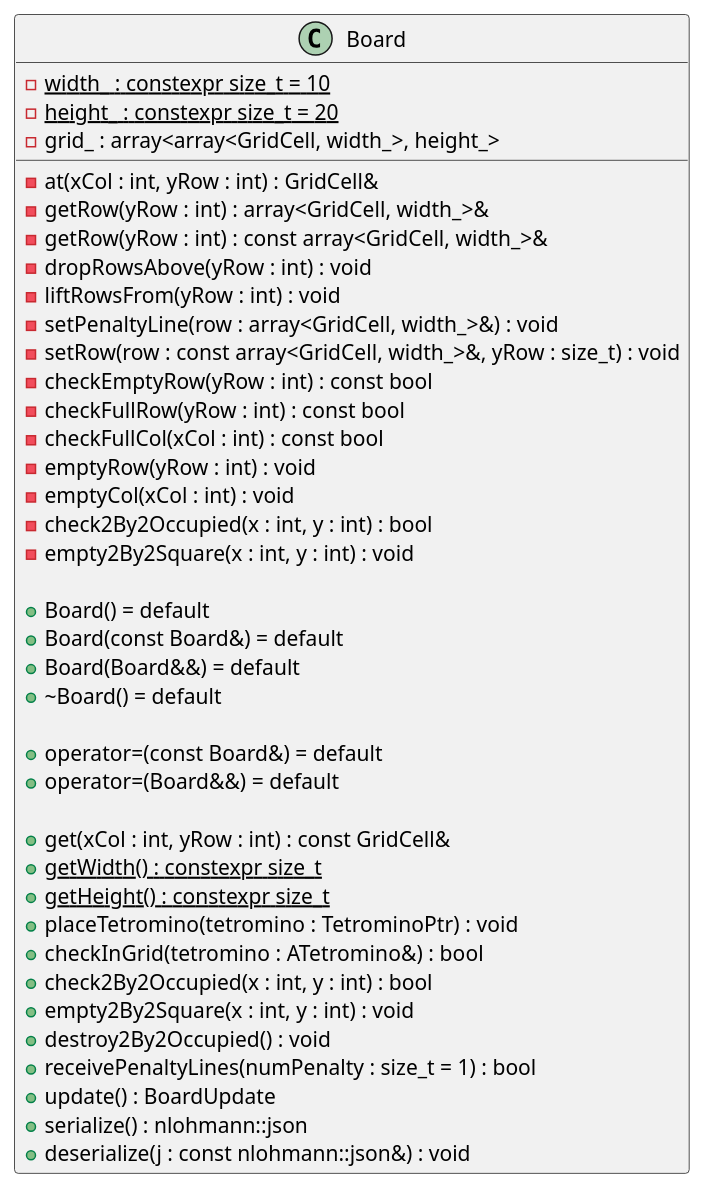
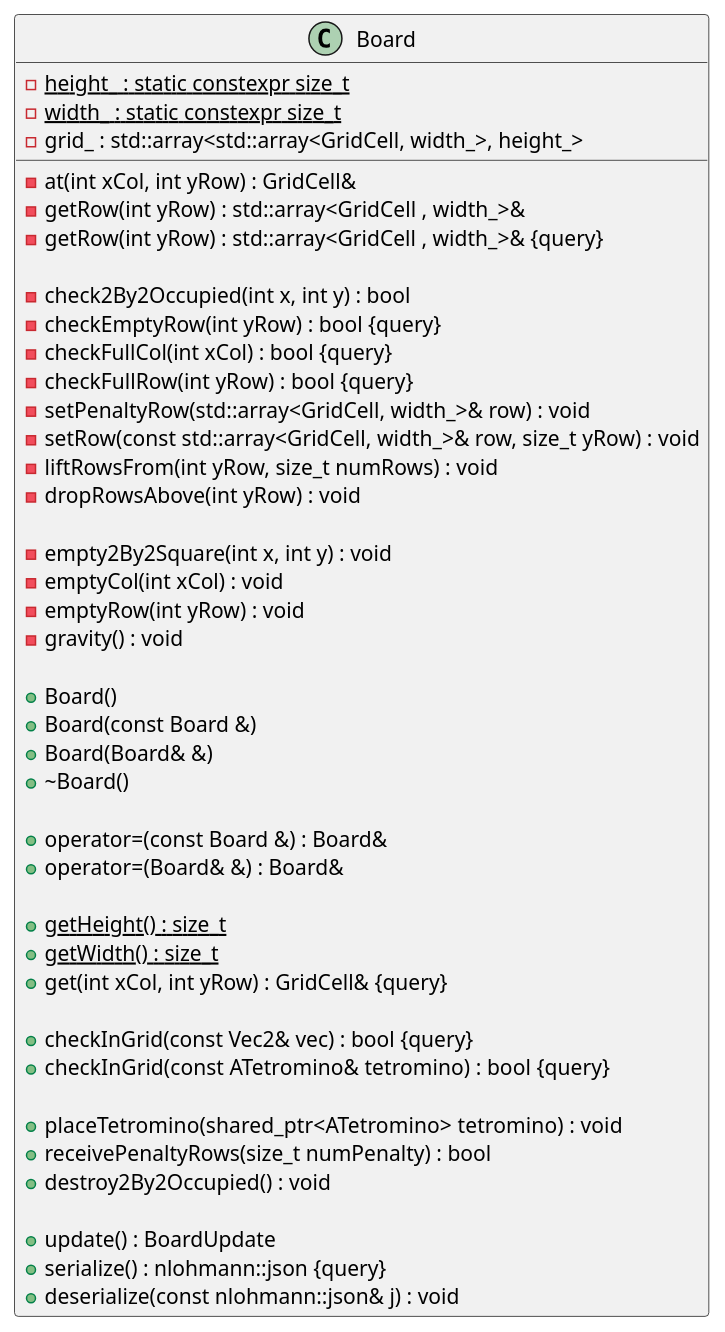
One commit to ulb-info2-group5/Royal-Blocks changed the diagram in doc/uml/class/game/tetris_lib/BoardClass.plantuml. Above: the diagram before and after it, drawn with PlantUML. The commit also changed 74 other files, not shown here.

```diff
--- a/doc/uml/class/game/tetris_lib/BoardClass.plantuml
+++ b/doc/uml/class/game/tetris_lib/BoardClass.plantuml
@@ -2,46 +2,50 @@
 @startuml (id=Board)
+class Board {
+	-{static} height_ : static constexpr size_t
+	-{static} width_ : static constexpr size_t
+	-grid_ : std::array<std::array<GridCell, width_>, height_>
 
-class Board {
-    - {static} width_ : constexpr size_t = 10
-    - {static} height_ : constexpr size_t = 20
-    - grid_ : array<array<GridCell, width_>, height_>
+	-at(int xCol, int yRow) : GridCell&
+	-getRow(int yRow) : std::array<GridCell , width_>&
+	-getRow(int yRow) : std::array<GridCell , width_>& {query}
 
-    - at(xCol : int, yRow : int) : GridCell&
-    - getRow(yRow : int) : array<GridCell, width_>&
-    - getRow(yRow : int) : const array<GridCell, width_>&
-    - dropRowsAbove(yRow : int) : void
-    - liftRowsFrom(yRow : int) : void
-    - setPenaltyLine(row : array<GridCell, width_>&) : void
-    - setRow(row : const array<GridCell, width_>&, yRow : size_t) : void
-    - checkEmptyRow(yRow : int) : const bool
-    - checkFullRow(yRow : int) : const bool
-    - checkFullCol(xCol : int) : const bool
-    - emptyRow(yRow : int) : void
-    - emptyCol(xCol : int) : void
-    ' - gravity() : void
-    - check2By2Occupied(x : int, y : int) : bool
-    - empty2By2Square(x : int, y : int) : void
+	-check2By2Occupied(int x, int y) : bool
+	-checkEmptyRow(int yRow) : bool {query}
+	-checkFullCol(int xCol) : bool {query}
+	-checkFullRow(int yRow) : bool {query}
+    
+	-setPenaltyRow(std::array<GridCell, width_>& row) : void
+	-setRow(const std::array<GridCell, width_>& row, size_t yRow) : void
+	-liftRowsFrom(int yRow, size_t numRows) : void
+	-dropRowsAbove(int yRow) : void
 
-    + Board() = default
-    + Board(const Board&) = default
-    + Board(Board&&) = default
-    + ~Board() = default
-    
-    + operator=(const Board&) = default
-    + operator=(Board&&) = default
-    
-    + get(xCol : int, yRow : int) : const GridCell&
-    + {static} getWidth() : constexpr size_t
-    + {static} getHeight() : constexpr size_t
-    + placeTetromino(tetromino : TetrominoPtr) : void
-    + checkInGrid(tetromino : ATetromino&) : bool
-    + check2By2Occupied(x : int, y : int) : bool
-    + empty2By2Square(x : int, y : int) : void
-    + destroy2By2Occupied() : void
-    + receivePenaltyLines(numPenalty : size_t = 1) : bool
-    + update() : BoardUpdate
-    + serialize() : nlohmann::json
-    + deserialize(j : const nlohmann::json&) : void
+	-empty2By2Square(int x, int y) : void
+	-emptyCol(int xCol) : void
+	-emptyRow(int yRow) : void
+	-gravity() : void
+
+	+Board()
+	+Board(const Board &)
+	+Board(Board& &)
+	+~Board()
+
+	+operator=(const Board &) : Board&
+	+operator=(Board& &) : Board&
+
+	+{static} getHeight() : size_t
+	+{static} getWidth() : size_t
+	+get(int xCol, int yRow) : GridCell& {query}
+
+	+checkInGrid(const Vec2& vec) : bool {query}
+	+checkInGrid(const ATetromino& tetromino) : bool {query}
+
+	+placeTetromino(shared_ptr<ATetromino> tetromino) : void
+	+receivePenaltyRows(size_t numPenalty) : bool
+	+destroy2By2Occupied() : void
+
+	+update() : BoardUpdate
+	+serialize() : nlohmann::json {query}
+	+deserialize(const nlohmann::json& j) : void
 }
 
 @enduml
```
